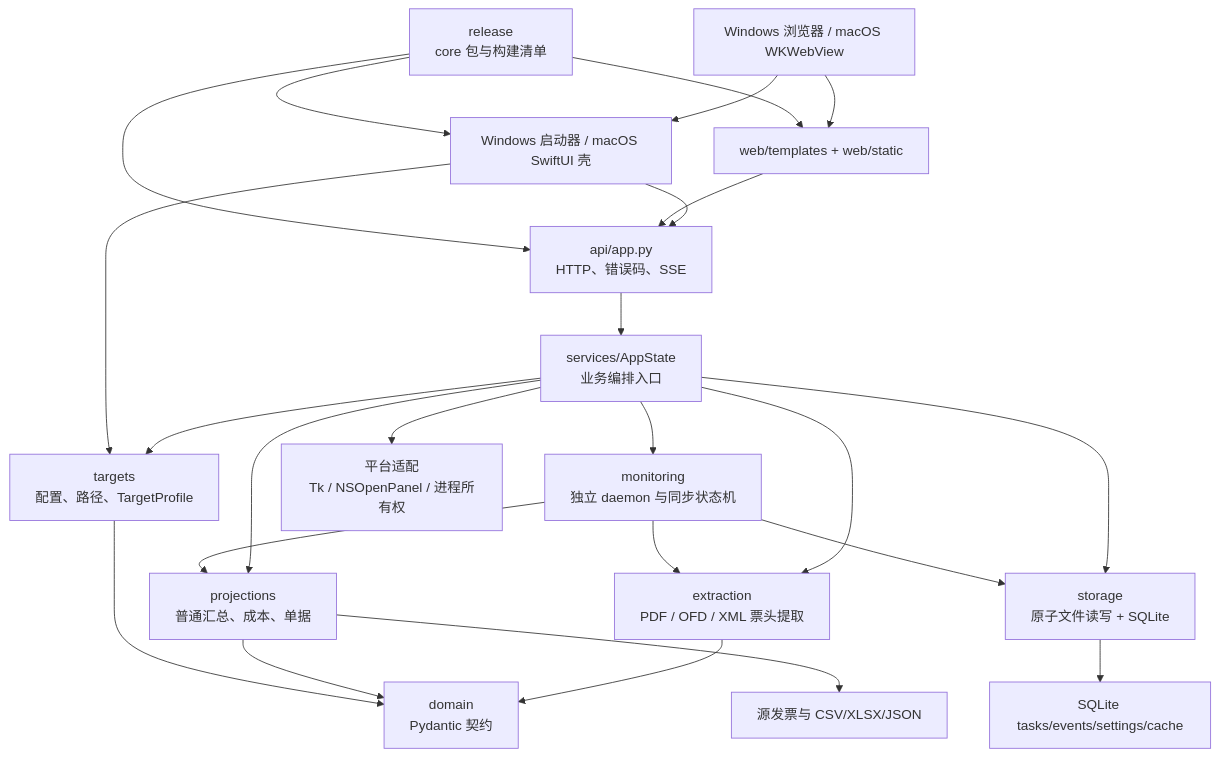
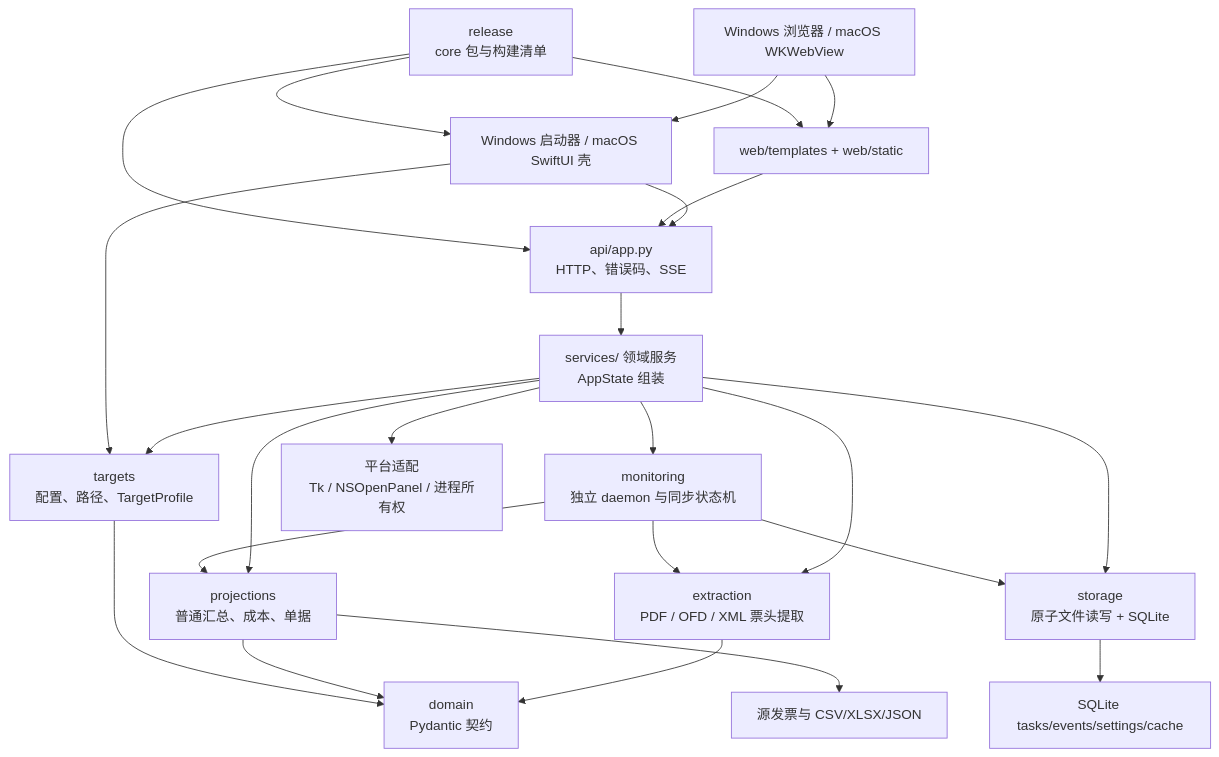
One commit to lyc1126/InvoiceHub changed the first of 2 diagrams in docs/DEVELOPMENT_ARCHITECTURE.md. Above: the diagram before and after it, drawn with Mermaid. The commit also changed other lines of this file and 9 other files, not shown here.

````diff
--- a/docs/DEVELOPMENT_ARCHITECTURE.md
+++ b/docs/DEVELOPMENT_ARCHITECTURE.md
@@ -165,40 +165,40 @@
 ```mermaid
 flowchart TB
     User["Windows 浏览器 / macOS WKWebView"]
     Entry["Windows 启动器 / macOS SwiftUI 壳"]
     Web["web/templates + web/static"]
     API["api/app.py<br/>HTTP、错误码、SSE"]
-    Service["services/AppState<br/>业务编排入口"]
+    Service["services/ 领域服务<br/>AppState 组装"]
     Monitor["monitoring<br/>独立 daemon 与同步状态机"]
     Extract["extraction<br/>PDF / OFD / XML 票头提取"]
     Projection["projections<br/>普通汇总、成本、单据"]
     Domain["domain<br/>Pydantic 契约"]
     Target["targets<br/>配置、路径、TargetProfile"]
     Storage["storage<br/>原子文件读写 + SQLite"]
     Platform["平台适配<br/>Tk / NSOpenPanel / 进程所有权"]
     Release["release<br/>core 包与构建清单"]
     Files["源发票与 CSV/XLSX/JSON"]
     DB["SQLite tasks/events/settings/cache"]
 
     User --> Entry --> API
     User --> Web --> API
     API --> Service
     Service --> Monitor
     Service --> Extract
     Service --> Projection
     Service --> Target
     Service --> Storage
     Service --> Platform
     Monitor --> Extract
     Monitor --> Projection
     Monitor --> Storage
     Extract --> Domain
     Projection --> Domain
     Projection --> Files
     Target --> Domain
     Storage --> DB
     Entry --> Target
     Release --> Entry
     Release --> API
     Release --> Web
 ```
````
